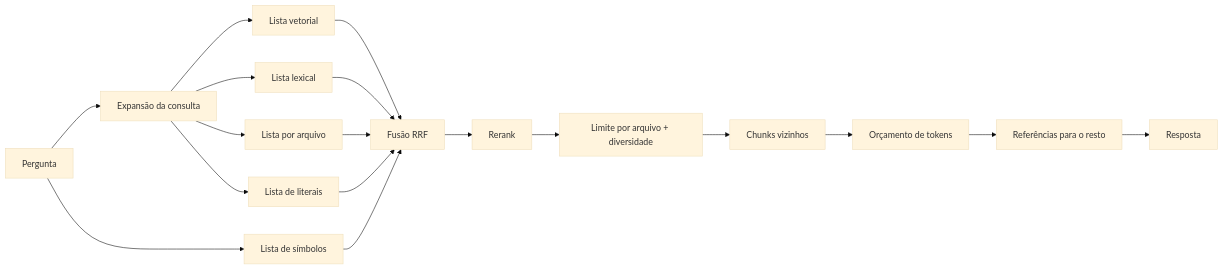
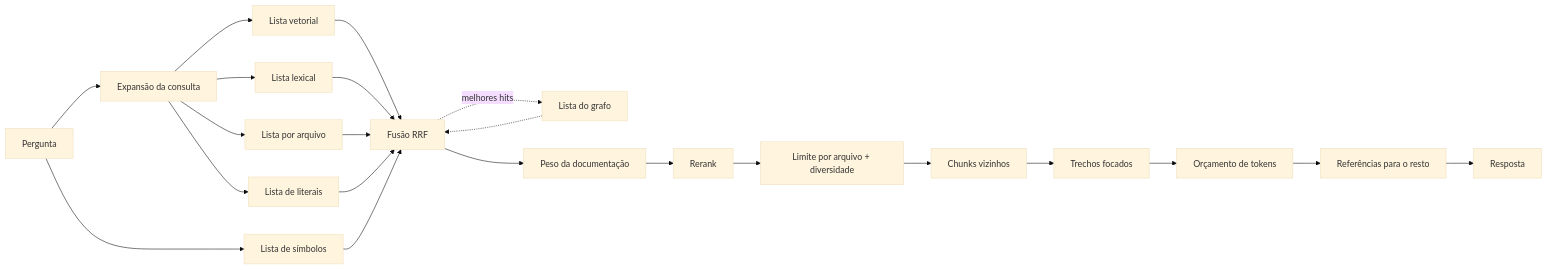
One commit to pedrojr/ragnar changed the diagram in docs/pt-BR/retrieval.md. Above: the diagram before and after it, drawn with Mermaid (base theme). The commit also changed other lines of this file and 20 other files, not shown here.

First line of the commit message:
docs: align the docs with the code, the graph and the example

````diff
--- a/docs/pt-BR/retrieval.md
+++ b/docs/pt-BR/retrieval.md
@@ -9,20 +9,24 @@
 ```mermaid
 flowchart LR
     q[Pergunta] --> x[Expansão da consulta]
     x --> v[Lista vetorial]
     x --> l[Lista lexical]
     x --> w[Lista por arquivo]
     x --> t[Lista de literais]
     q --> s[Lista de símbolos]
     v --> f[Fusão RRF]
     l --> f
     w --> f
     t --> f
     s --> f
-    f --> r[Rerank]
+    f -. "melhores hits" .-> g[Lista do grafo]
+    g -.-> f
+    f --> k[Peso da documentação]
+    k --> r[Rerank]
     r --> d[Limite por arquivo + diversidade]
     d --> n[Chunks vizinhos]
-    n --> b[Orçamento de tokens]
+    n --> e[Trechos focados]
+    e --> b[Orçamento de tokens]
     b --> c[Referências para o resto]
     c --> a[Resposta]
 ```
````
